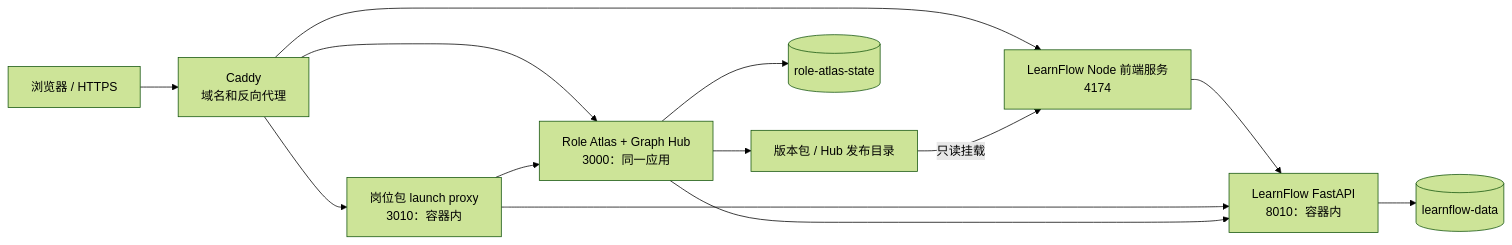
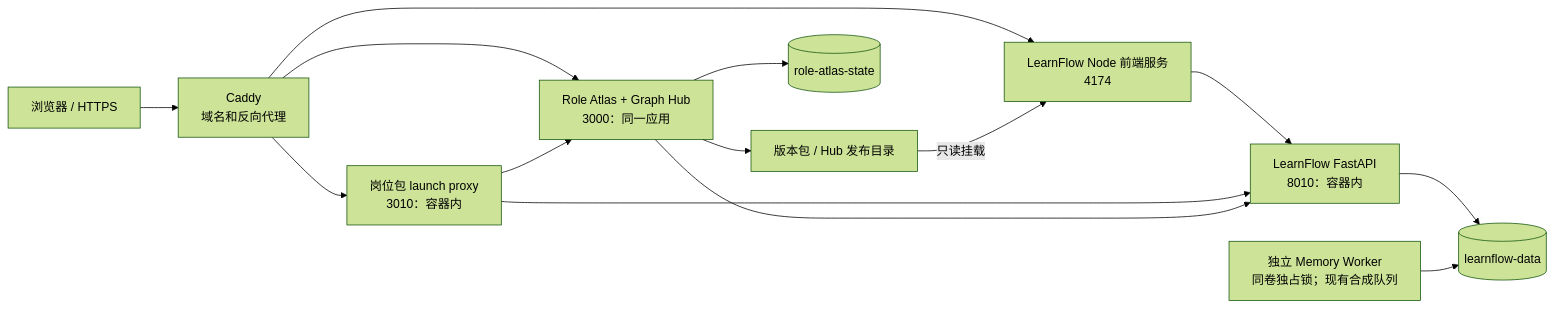
The fourth of 4 diagrams in docs/PROJECT_MAP.md (runzhong123-max/LearnFlow), drawn with Mermaid (forest theme) before and after one commit. The commit also changed other lines of this file and 123 other files, not shown here.

````diff
--- a/docs/PROJECT_MAP.md
+++ b/docs/PROJECT_MAP.md
@@ -135,15 +136,16 @@
 ```mermaid
 flowchart LR
   Internet["浏览器 / HTTPS"] --> Caddy["Caddy<br/>域名和反向代理"]
   Caddy --> WebServer["LearnFlow Node 前端服务<br/>4174"]
   WebServer --> API["LearnFlow FastAPI<br/>8010：容器内"]
   Caddy --> Role["Role Atlas + Graph Hub<br/>3000：同一应用"]
   Caddy --> Launch["岗位包 launch proxy<br/>3010：容器内"]
   Launch --> API
   Launch --> Role
   Role --> API
   Role --> Packages["版本包 / Hub 发布目录"]
   Packages -->|只读挂载| WebServer
   API --> Data[("learnflow-data")]
+  Worker["独立 Memory Worker<br/>同卷独占锁；现有合成队列"] --> Data
   Role --> RoleData[("role-atlas-state")]
 ```
````
